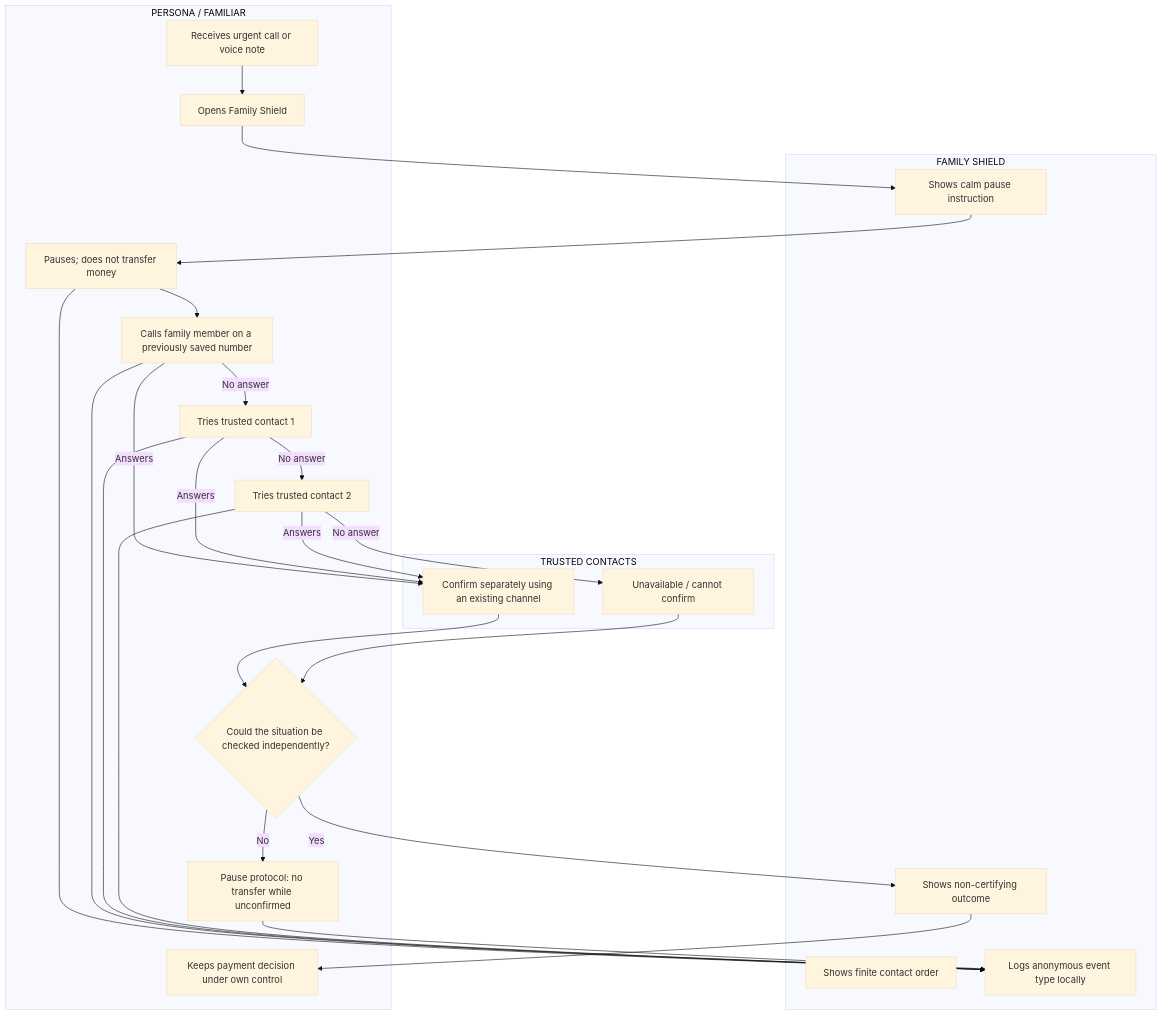
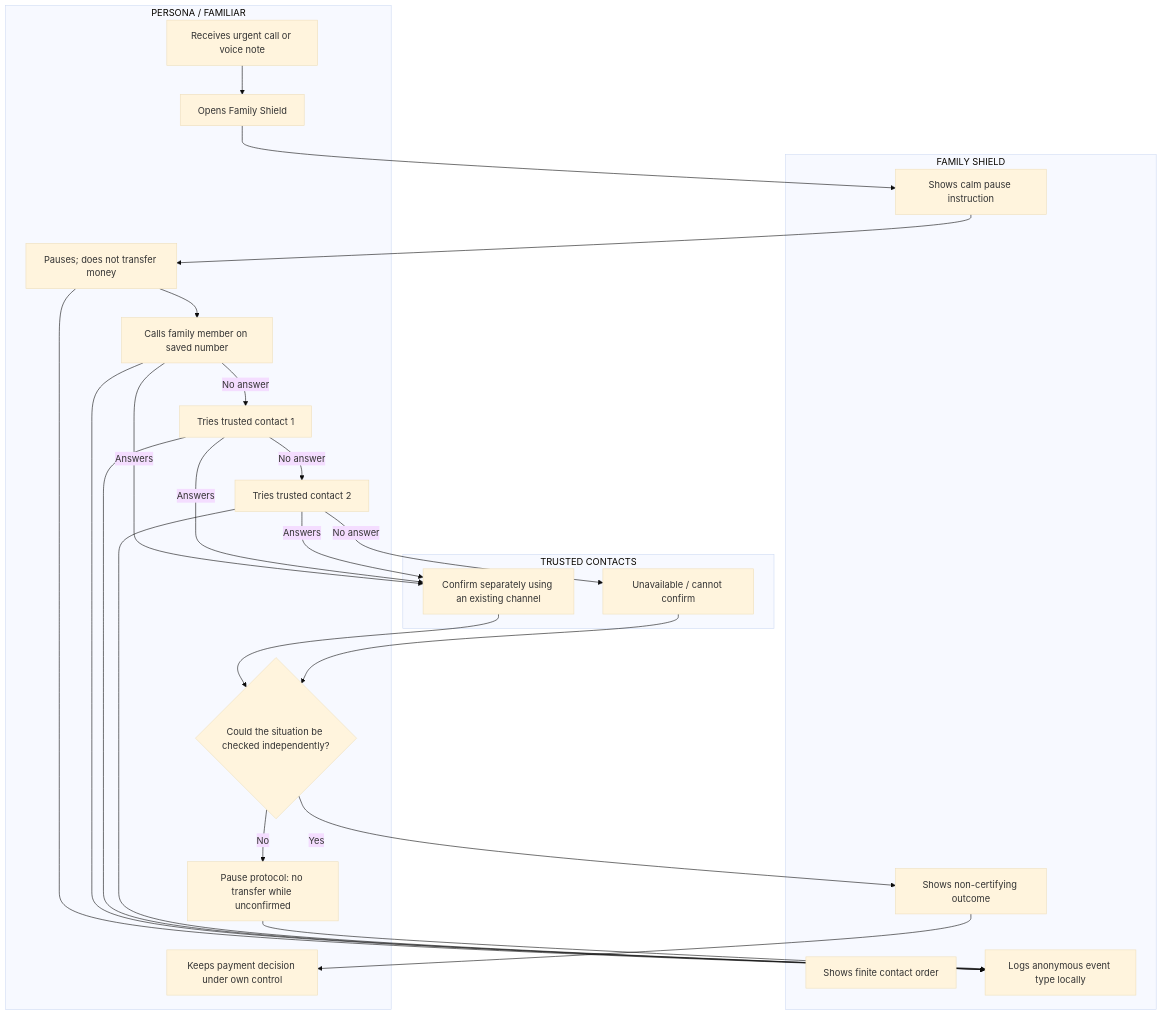
One commit to reginabuilds/family-rehearsal changed the diagram in docs/PACKET.md. Above: the diagram before and after it, drawn with Mermaid (base theme). The commit also changed other lines of this file, not shown here.

```diff
--- a/docs/PACKET.md
+++ b/docs/PACKET.md
@@ -41,40 +25,40 @@
 ~~~mermaid
 flowchart TD
   subgraph HUMAN[PERSONA / FAMILIAR]
     A[Receives urgent call or voice note]
     B[Opens Family Shield]
     C[Pauses; does not transfer money]
-    D[Calls family member on a previously saved number]
+    D[Calls family member on saved number]
     E[Tries trusted contact 1]
     F[Tries trusted contact 2]
     G{Could the situation be checked independently?}
     H[Keeps payment decision under own control]
     I[Pause protocol: no transfer while unconfirmed]
   end
   subgraph PRODUCT[FAMILY SHIELD]
     J[Shows calm pause instruction]
     K[Shows finite contact order]
     L[Logs anonymous event type locally]
     M[Shows non-certifying outcome]
   end
   subgraph TRUST[TRUSTED CONTACTS]
     N[Confirm separately using an existing channel]
     O[Unavailable / cannot confirm]
   end
   A --> B --> J --> C --> D
   D -->|No answer| E
   E -->|No answer| F
   D -->|Answers| N
   E -->|Answers| N
   F -->|Answers| N
   F -->|No answer| O
   N --> G
   O --> G
   G -->|Yes| M --> H
   G -->|No| I
   C --> L
   D --> L
   E --> L
   F --> L
   I --> L
 ~~~
```
